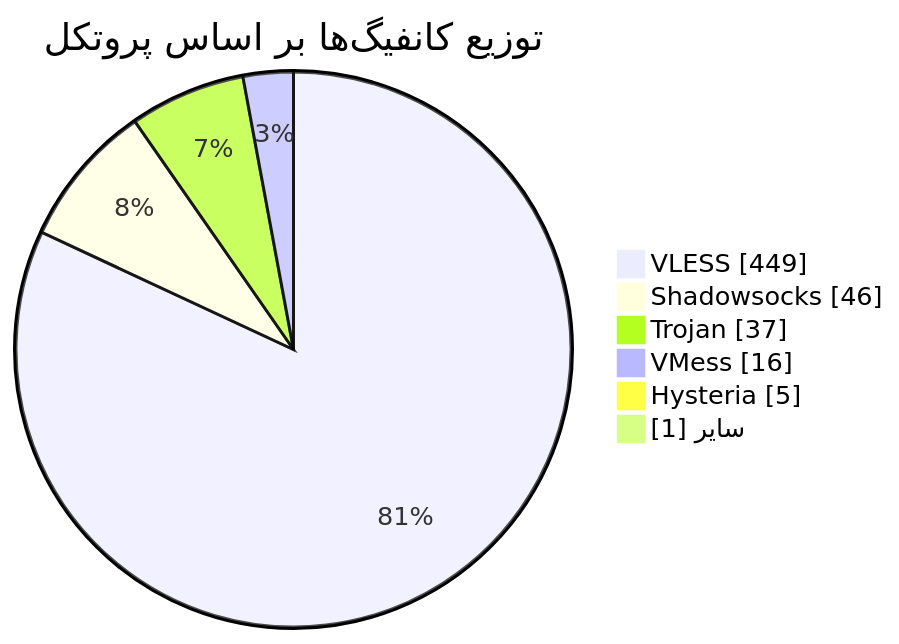
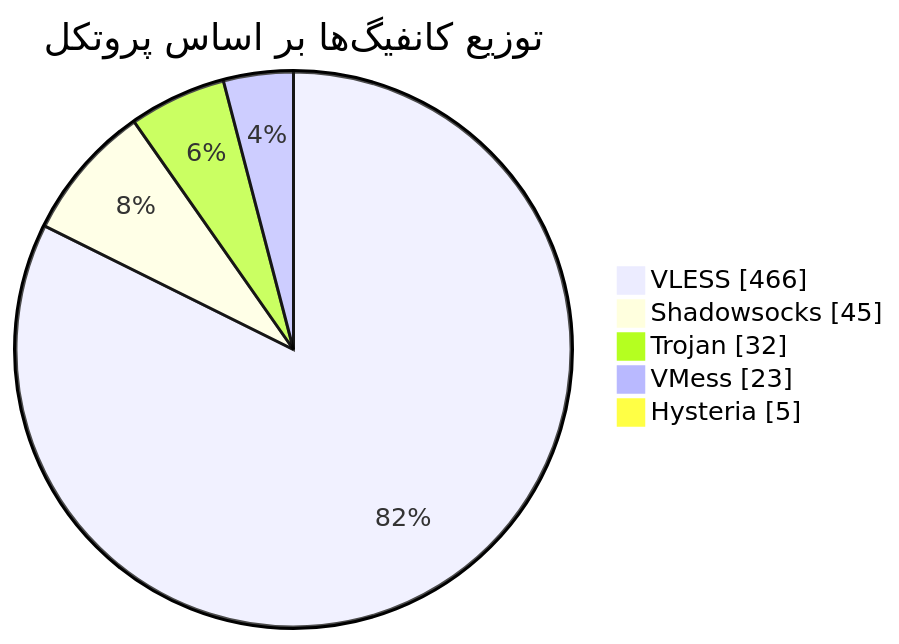
Before and after one commit to Arian-Alijani/Somthing: the diagram in README.md, drawn with Mermaid. The commit also changed other lines of this file and 83 other files, not shown here.

````diff
--- a/README.md
+++ b/README.md
@@ -48,10 +47,9 @@
 ```mermaid
 pie showData
     title توزیع کانفیگ‌ها بر اساس پروتکل
-    "VLESS" : 449
-    "Shadowsocks" : 46
-    "Trojan" : 37
-    "VMess" : 16
+    "VLESS" : 466
+    "Shadowsocks" : 45
+    "Trojan" : 32
+    "VMess" : 23
     "Hysteria" : 5
-    "سایر" : 1
 ```
````
